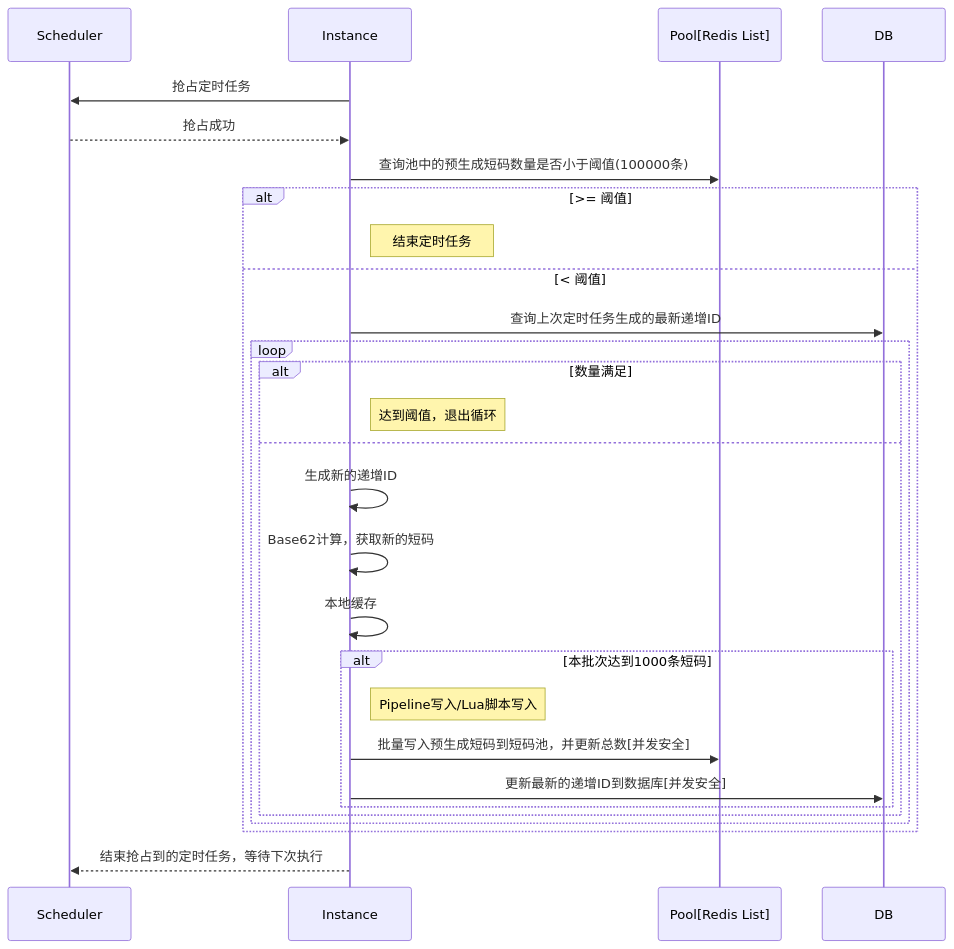
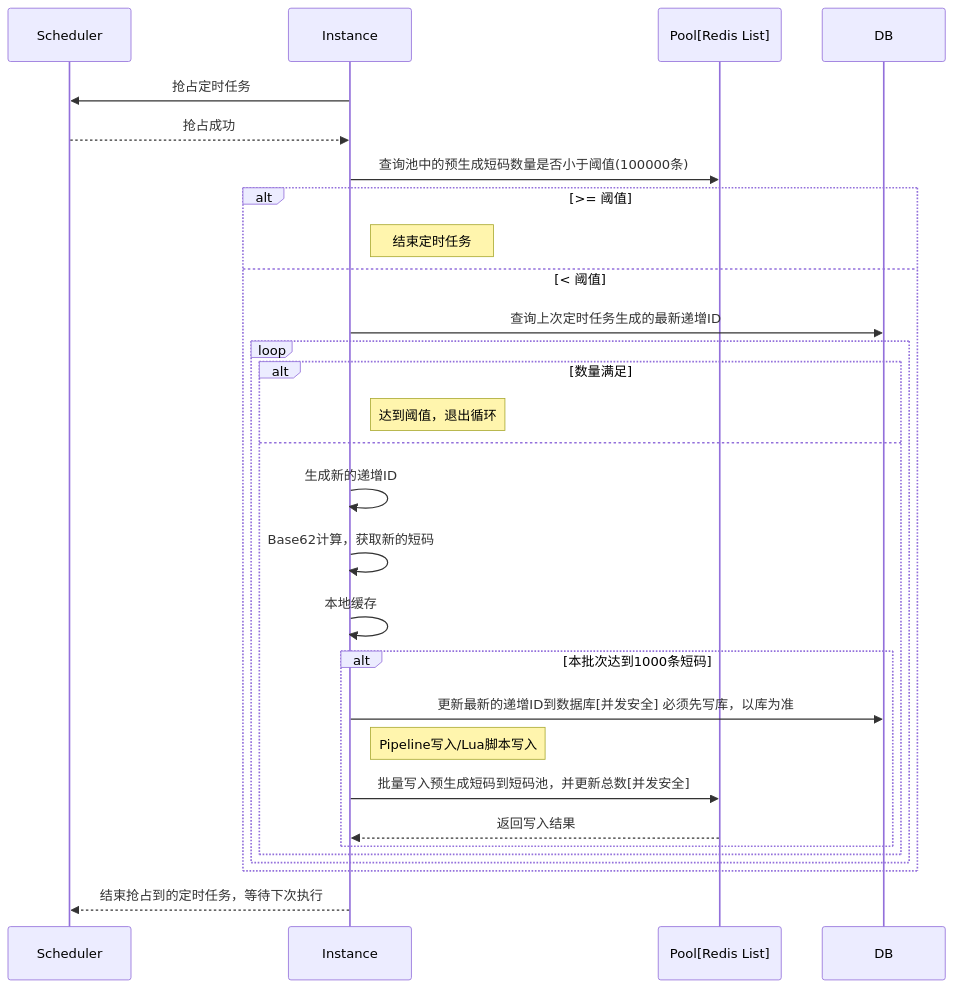
Before and after one commit to TimeWtr/generator: the second of 2 diagrams in README.md, drawn with Mermaid. The commit also changed 10 other files, not shown here.

````diff
--- a/README.md
+++ b/README.md
@@ -58,32 +58,33 @@
 ```mermaid
 sequenceDiagram
     participant Scheduler
     participant Instance
     participant Pool[Redis List]
     participant DB
     
     Instance ->> Scheduler: 抢占定时任务
     Scheduler -->> Instance: 抢占成功
     Instance ->> Pool[Redis List]: 查询池中的预生成短码数量是否小于阈值(100000条)
     alt >= 阈值
         note right of Instance: 结束定时任务
     else < 阈值
         Instance ->> DB: 查询上次定时任务生成的最新递增ID
         loop
             alt 数量满足
                 note right of Instance: 达到阈值，退出循环
             else
                 Instance ->> Instance: 生成新的递增ID
                 Instance ->> Instance: Base62计算，获取新的短码
                 Instance ->> Instance: 本地缓存
                 alt 本批次达到1000条短码
+                    Instance ->> DB: 更新最新的递增ID到数据库[并发安全] 必须先写库，以库为准
                     note right of Instance: Pipeline写入/Lua脚本写入
                     Instance ->> Pool[Redis List]: 批量写入预生成短码到短码池，并更新总数[并发安全]
-                    Instance ->> DB: 更新最新的递增ID到数据库[并发安全]
+                    Pool[Redis List] -->> Instance: 返回写入结果
                 end
             end
         end
     end
     
     Instance -->> Scheduler: 结束抢占到的定时任务，等待下次执行
 ```
````
